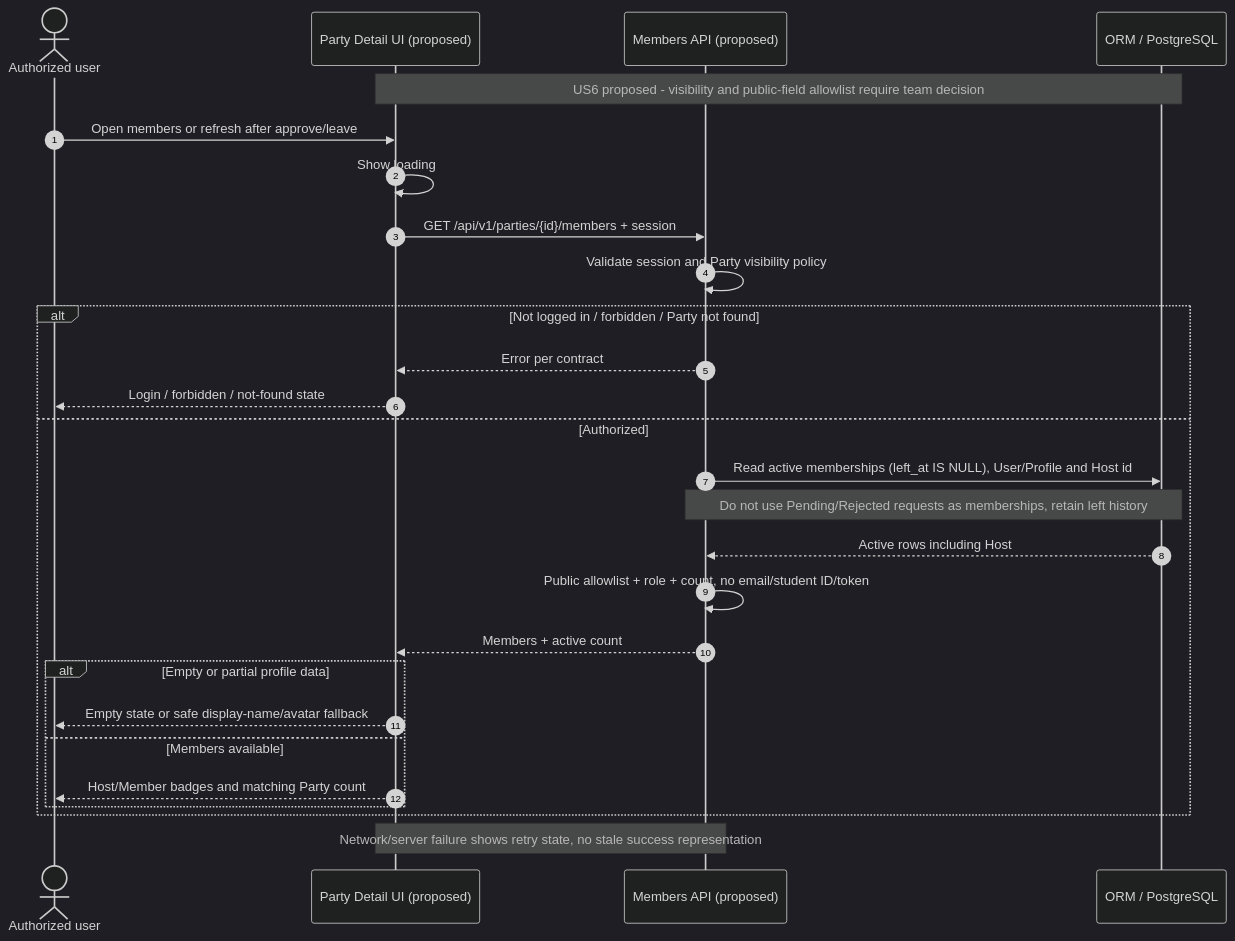
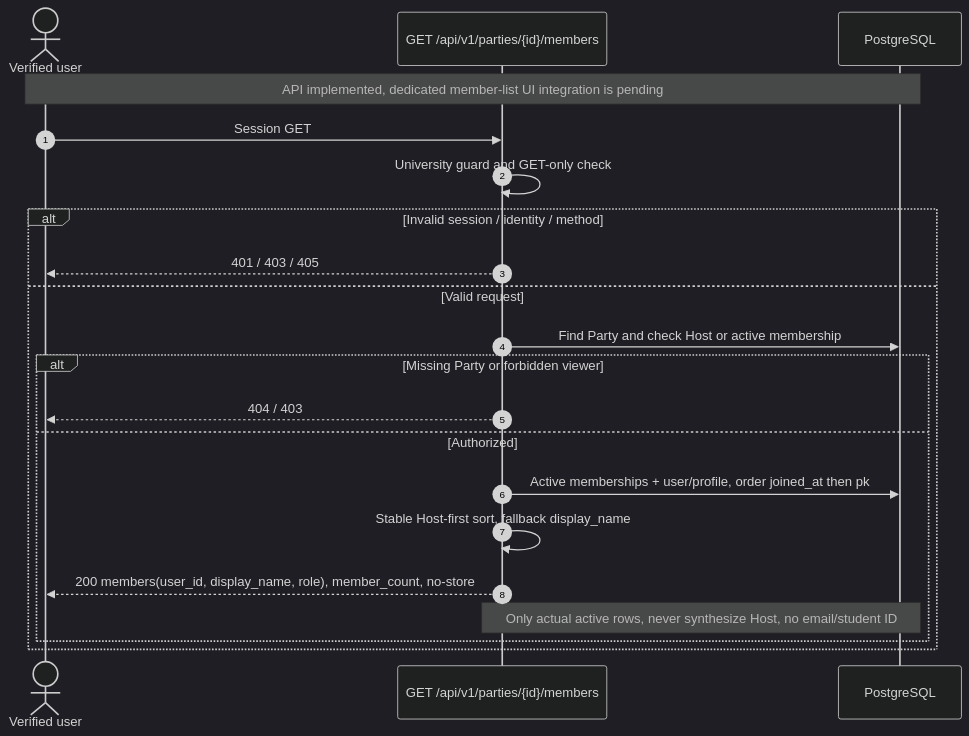
The diagram in docs/sprint-2-sequences/us6.mmd (GearJP2/cs261-group2-100001), drawn with Mermaid (dark theme) before and after one commit. The commit also changed 57 other files, not shown here.

Commit message:
docs: document as-built system diagrams and reconcile sequences

```diff
--- a/docs/sprint-2-sequences/us6.mmd
+++ b/docs/sprint-2-sequences/us6.mmd
@@ -1,27 +1,21 @@
 sequenceDiagram
-    autonumber
-    actor U as Authorized user
-    participant UI as Party Detail UI (proposed)
-    participant API as Members API (proposed)
-    participant DB as ORM / PostgreSQL
-    Note over UI,DB: US6 proposed - visibility and public-field allowlist require team decision
-    U->>UI: Open members or refresh after approve/leave
-    UI->>UI: Show loading
-    UI->>API: GET /api/v1/parties/{id}/members + session
-    API->>API: Validate session and Party visibility policy
-    alt Not logged in / forbidden / Party not found
-        API-->>UI: Error per contract
-        UI-->>U: Login / forbidden / not-found state
-    else Authorized
-        API->>DB: Read active memberships (left_at IS NULL), User/Profile and Host id
-        Note over API,DB: Do not use Pending/Rejected requests as memberships, retain left history
-        DB-->>API: Active rows including Host
-        API->>API: Public allowlist + role + count, no email/student ID/token
-        API-->>UI: Members + active count
-        alt Empty or partial profile data
-            UI-->>U: Empty state or safe display-name/avatar fallback
-        else Members available
-            UI-->>U: Host/Member badges and matching Party count
-        end
-    end
-    Note over UI,API: Network/server failure shows retry state, no stale success representation
+ autonumber
+ actor U as Verified user
+ participant API as GET /api/v1/parties/{id}/members
+ participant DB as PostgreSQL
+ Note over U,DB: API implemented, dedicated member-list UI integration is pending
+ U->>API: Session GET
+ API->>API: University guard and GET-only check
+ alt Invalid session / identity / method
+ API-->>U: 401 / 403 / 405
+ else Valid request
+ API->>DB: Find Party and check Host or active membership
+ alt Missing Party or forbidden viewer
+ API-->>U: 404 / 403
+ else Authorized
+ API->>DB: Active memberships + user/profile, order joined_at then pk
+ API->>API: Stable Host-first sort, fallback display_name
+ API-->>U: 200 members(user_id, display_name, role), member_count, no-store
+ Note over API,DB: Only actual active rows, never synthesize Host, no email/student ID
+ end
+ end
```
